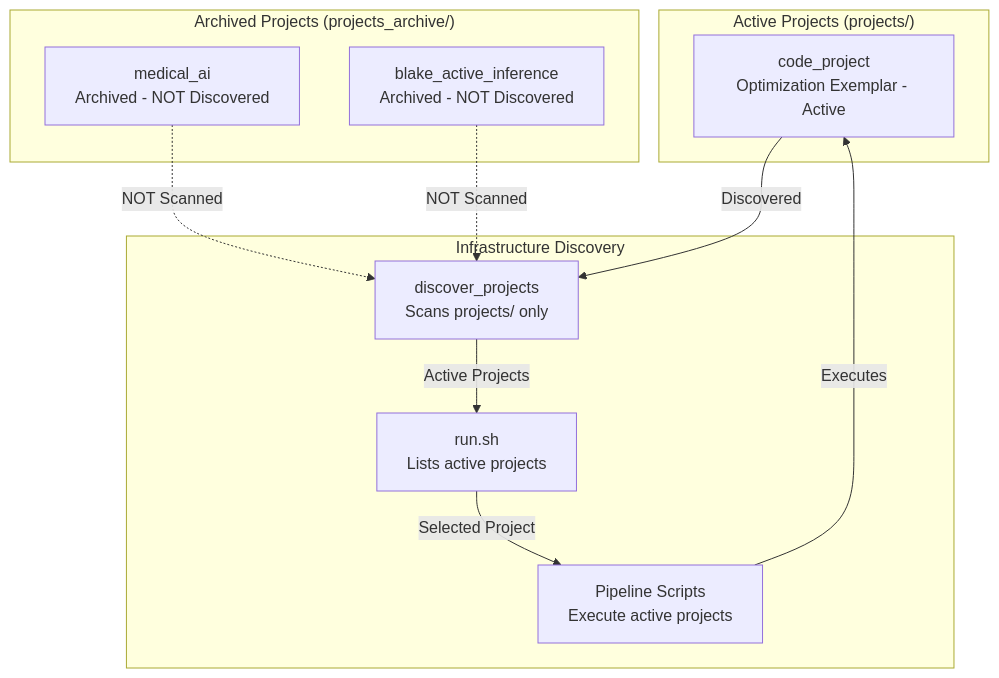
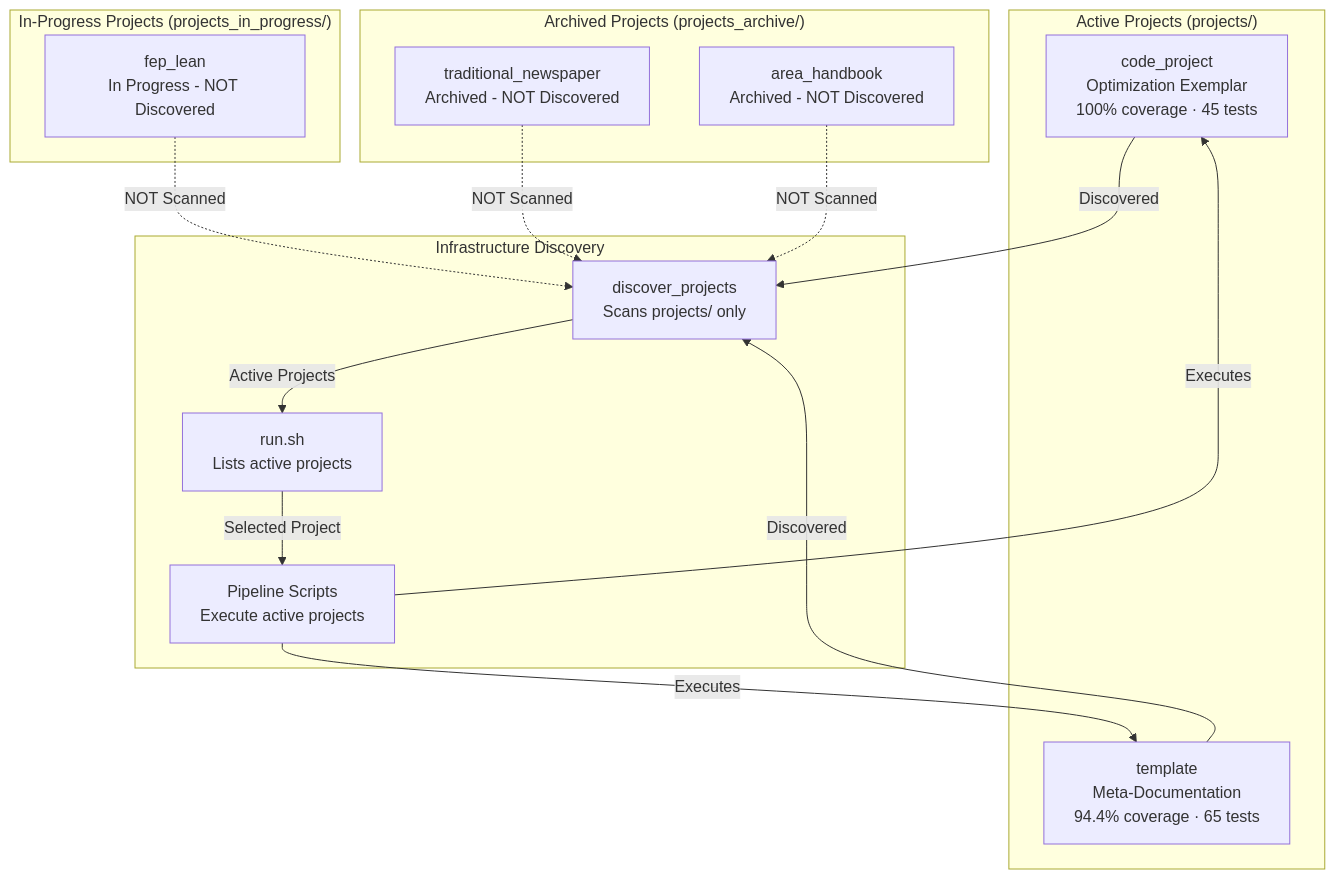
The diagram in projects/AGENTS.md (docxology/template), drawn with Mermaid before and after one commit. The commit also changed other lines of this file and 954 other files, not shown here.

````diff
--- a/projects/AGENTS.md
+++ b/projects/AGENTS.md
@@ -61,25 +61,33 @@
 ```mermaid
 graph TD
     subgraph Active["Active Projects (projects/)"]
-        P1[code_project<br/>Optimization Exemplar - Active]
+        P1[code_project<br/>Optimization Exemplar<br/>100% coverage · 45 tests]
+        P2[template<br/>Meta-Documentation<br/>94.4% coverage · 65 tests]
+    end
+
+    subgraph InProgress["In-Progress Projects (projects_in_progress/)"]
+        IP1[fep_lean<br/>In Progress - NOT Discovered]
     end
 
     subgraph Archive["Archived Projects (projects_archive/)"]
-        A1[medical_ai<br/>Archived - NOT Discovered]
-        A2[blake_active_inference<br/>Archived - NOT Discovered]
+        A1[traditional_newspaper<br/>Archived - NOT Discovered]
+        A2[area_handbook<br/>Archived - NOT Discovered]
     end
 
     subgraph Infrastructure["Infrastructure Discovery"]
         DISCOVER[discover_projects<br/>Scans projects/ only]
         RUNSH[run.sh<br/>Lists active projects]
         PIPELINE[Pipeline Scripts<br/>Execute active projects]
     end
 
     P1 -->|Discovered| DISCOVER
+    P2 -->|Discovered| DISCOVER
+    IP1 -.->|NOT Scanned| DISCOVER
     A1 -.->|NOT Scanned| DISCOVER
     A2 -.->|NOT Scanned| DISCOVER
 
     DISCOVER -->|Active Projects| RUNSH
     RUNSH -->|Selected Project| PIPELINE
     PIPELINE -->|Executes| P1
+    PIPELINE -->|Executes| P2
 ```
````
